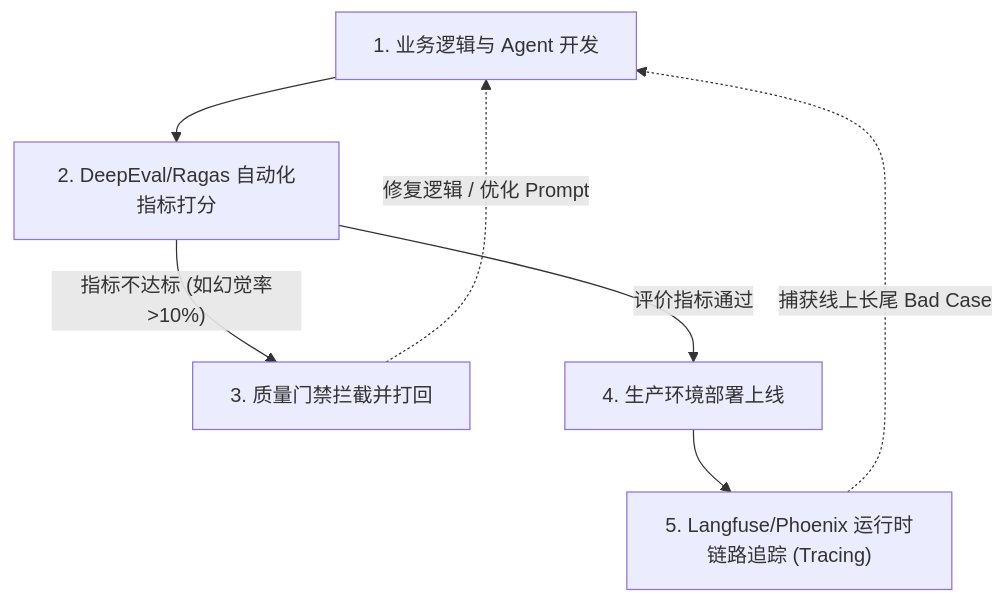
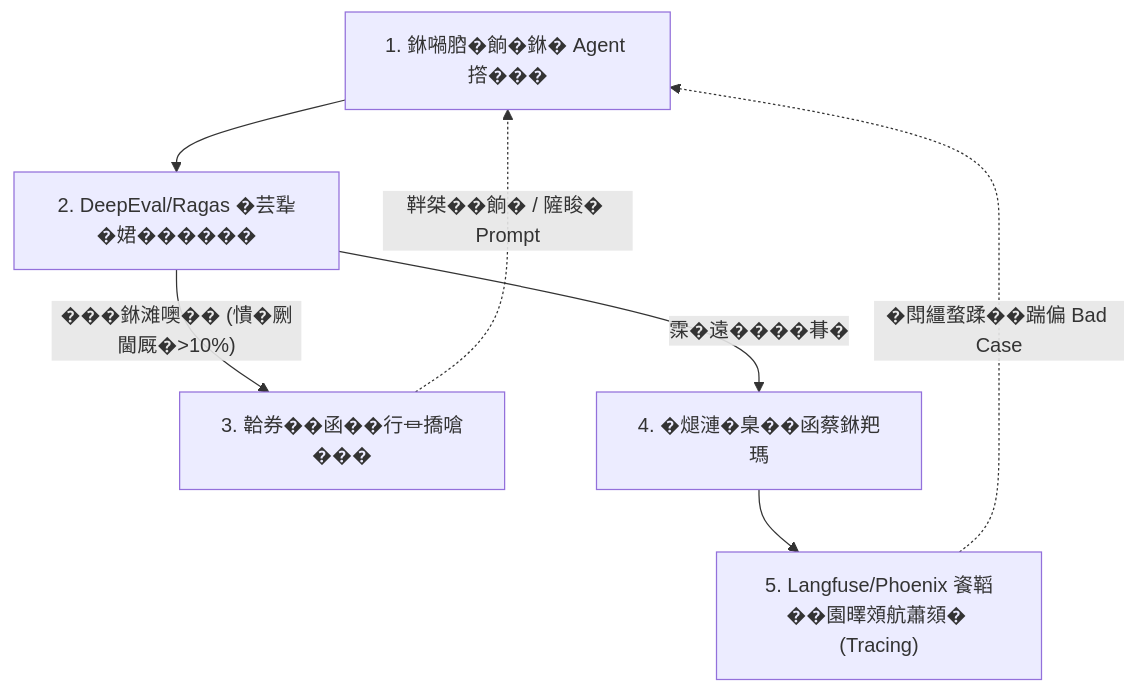
Before and after one commit to wangchong2023/lang-chain-graph: diagram 11 of 16 in doc/AI_Knowledge_Roadmap.md, drawn with Mermaid. The commit also changed other lines of this file, not shown here.

Commit message:
docs: update AI knowledge roadmap with new learning milestones

````diff
--- a/doc/AI_Knowledge_Roadmap.md
+++ b/doc/AI_Knowledge_Roadmap.md
@@ -881,9 +778,9 @@
 ```mermaid
 graph TD
-    Dev["1. 业务逻辑与 Agent 开发"] --> Test["2. DeepEval/Ragas 自动化指标打分"]
-    Test -- "指标不达标 (如幻觉率>10%)" --> Reject["3. 质量门禁拦截并打回"]
-    Reject -. "修复逻辑 / 优化 Prompt" .-> Dev
-    Test -- "评价指标通过" --> Deploy["4. 生产环境部署上线"]
-    Deploy --> Monitor["5. Langfuse/Phoenix 运行时链路追踪 (Tracing)"]
-    Monitor -. "捕获线上长尾 Bad Case" .-> Dev
+    Dev["1. 銝𡁜𦛚�餉�銝� Agent 撘���"] --> Test["2. DeepEval/Ragas �芸𢆡�𡝗������"]
+    Test -- "���銝滩噢�� (憒�劂閫厩�>10%)" --> Reject["3. 韐券��函��行⏛撟嗆���"]
+    Reject -. "靽桀��餉� / 隡睃� Prompt" .-> Dev
+    Test -- "霂�遠����朞�" --> Deploy["4. �煺漣�臬��函蔡銝羓瑪"]
+    Deploy --> Monitor["5. Langfuse/Phoenix 餈鞱��園曎頝航蕭頦� (Tracing)"]
+    Monitor -. "�閗繮蝥蹂��踹偏 Bad Case" .-> Dev
 ```
````
